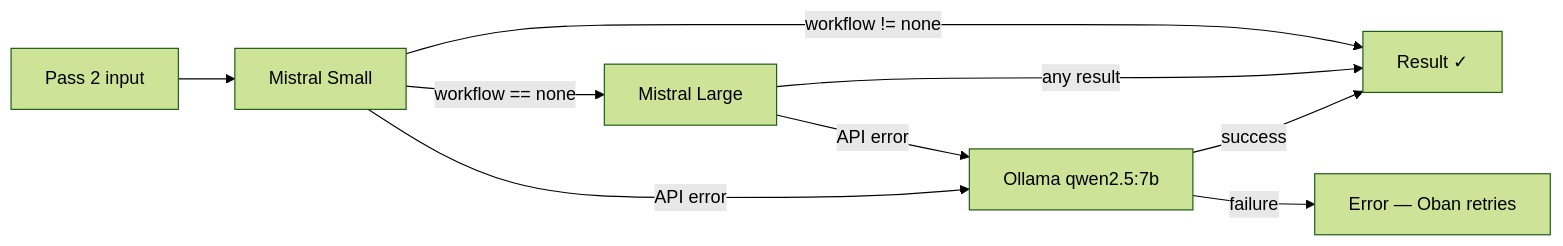
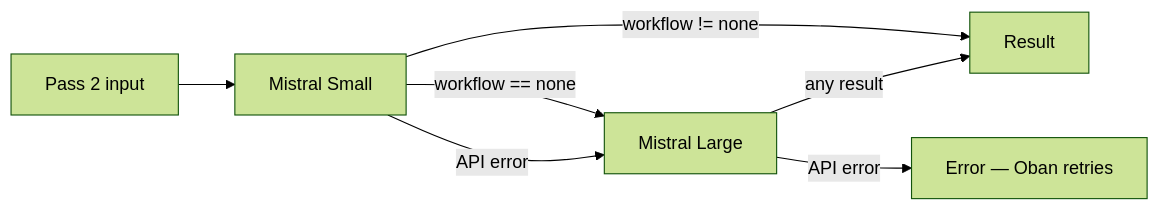
The eighth of 10 diagrams in README.md (ndrean/reactor-crm_ex), drawn with Mermaid (forest theme) before and after one commit. The commit also changed other lines of this file and 17 other files, not shown here.

````diff
--- a/README.md
+++ b/README.md
@@ -196,11 +168,9 @@
 ```mermaid
 graph LR
     U[Pass 2 input] --> S[Mistral Small]
-    S -->|workflow != none| R[Result ✓]
+    S -->|workflow != none| R[Result]
     S -->|workflow == none| L[Mistral Large]
-    S -->|API error| O[Ollama qwen2.5:7b]
+    S -->|API error| L
     L -->|any result| R
-    L -->|API error| O
-    O -->|success| R
-    O -->|failure| E[Error — Oban retries]
+    L -->|API error| E[Error — Oban retries]
 ```
````
